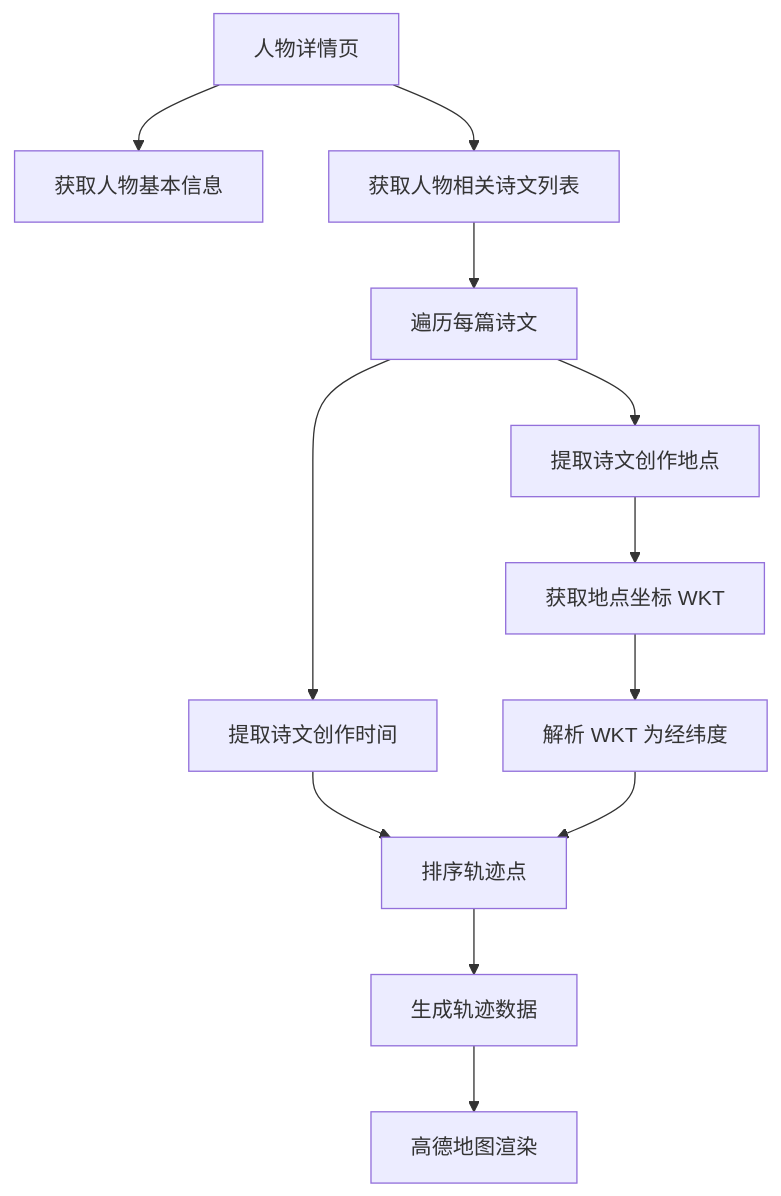
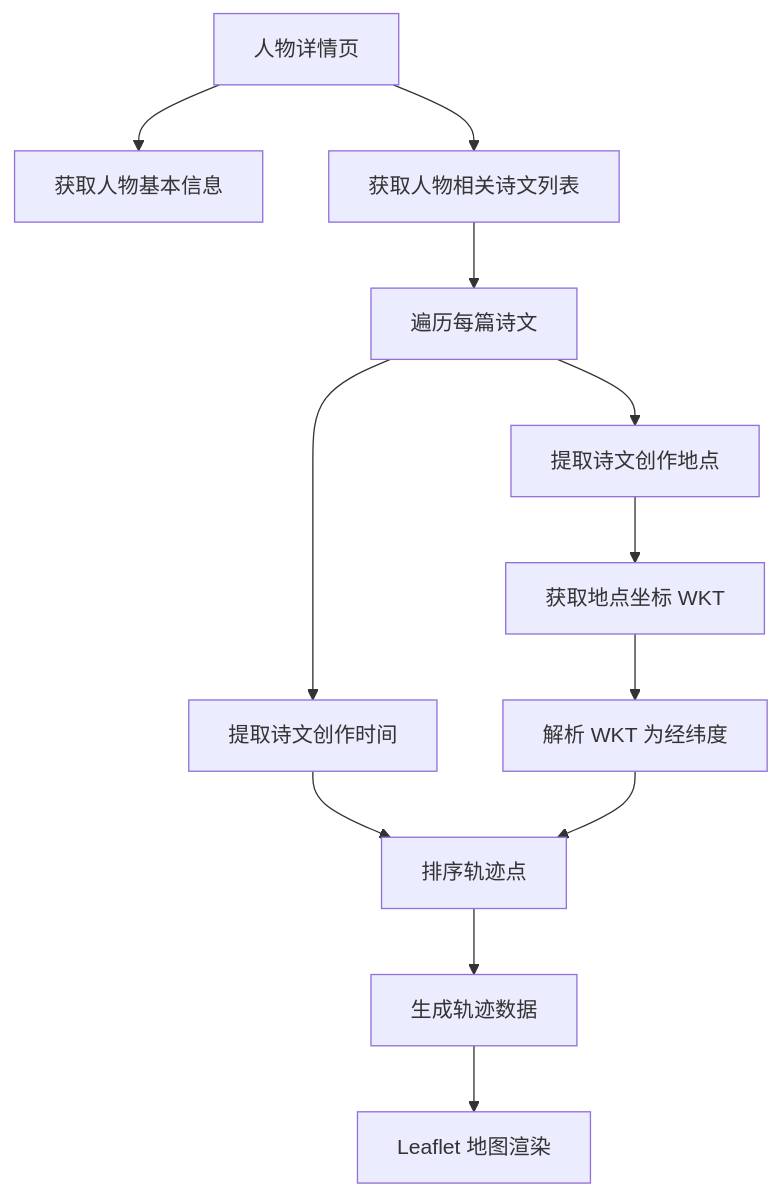
One commit to Harryleft/heluo-frontend changed the first of 2 diagrams in docs/analysis/person-poem-geo-track-data-model.md. Above: the diagram before and after it, drawn with Mermaid. The commit also changed other lines of this file, not shown here.

````diff
--- a/docs/analysis/person-poem-geo-track-data-model.md
+++ b/docs/analysis/person-poem-geo-track-data-model.md
@@ -9,14 +9,14 @@
 ```mermaid
 flowchart TD
     A[人物详情页] --> B[获取人物基本信息]
     A --> C[获取人物相关诗文列表]
     C --> D[遍历每篇诗文]
     D --> E[提取诗文创作时间]
     D --> F[提取诗文创作地点]
     F --> G[获取地点坐标 WKT]
     G --> H[解析 WKT 为经纬度]
     E --> I[排序轨迹点]
     H --> I
     I --> J[生成轨迹数据]
-    J --> K[高德地图渲染]
+    J --> K[Leaflet 地图渲染]
 ```
````
